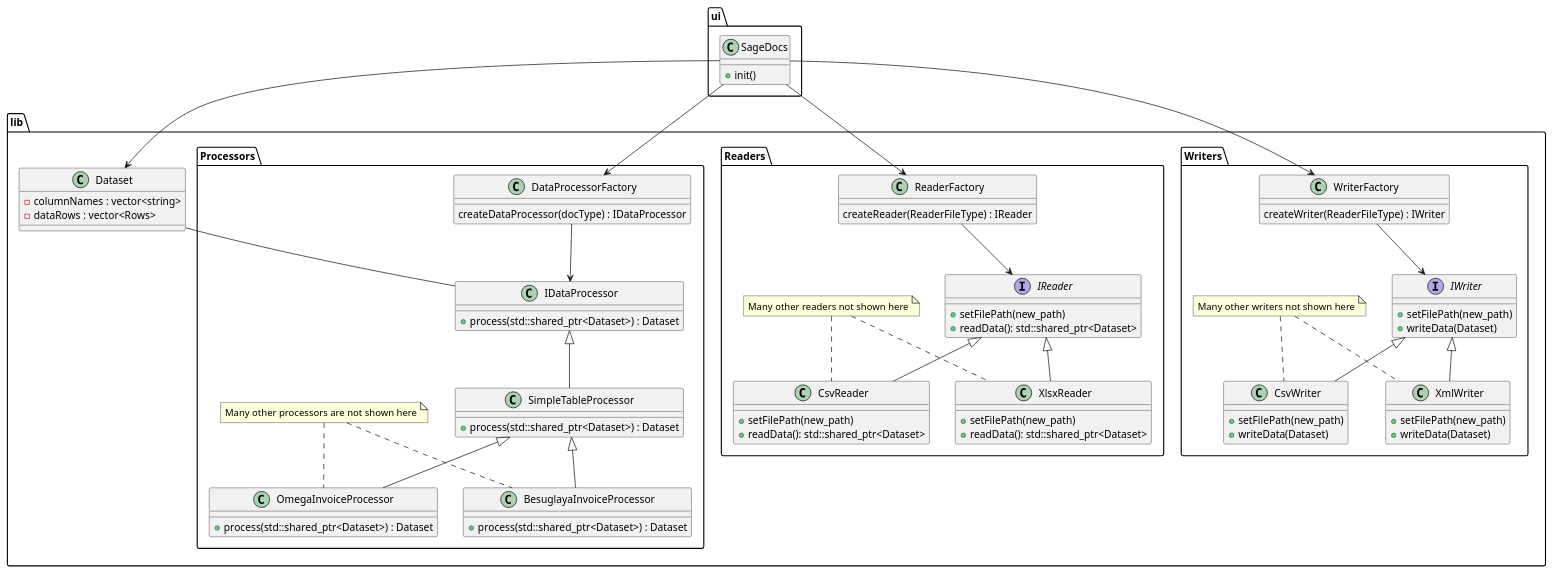
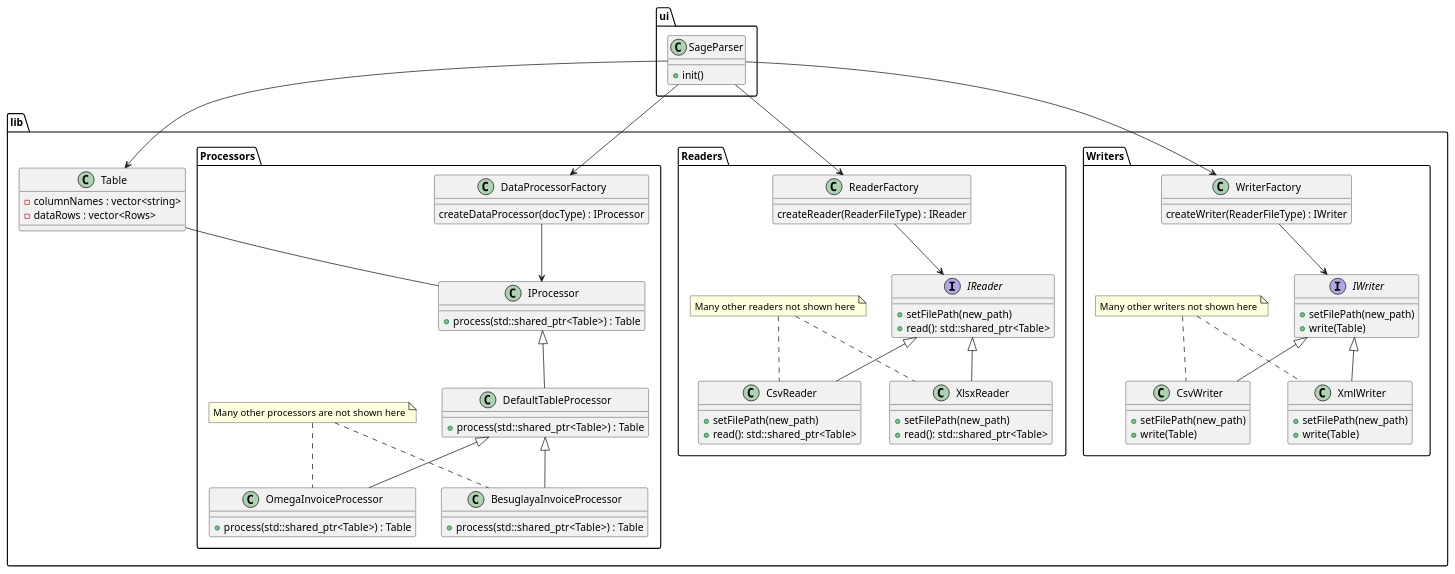
The diagram in docs/Library_Design.puml (Sage-Cat/SageParser), drawn with PlantUML before and after one commit. The commit also changed 60 other files, not shown here.

```diff
--- a/docs/Library_Design.puml
+++ b/docs/Library_Design.puml
@@ -1,117 +1,117 @@
 @startuml
 
 package ui {
-    class SageDocs
+    class SageParser
     {
         +init()
     }
 }
 
 package lib {
-    class Dataset {
+    class Table {
         -columnNames : vector<string>
         -dataRows : vector<Rows>
     }
 
     package Processors {
         class DataProcessorFactory
         {
-            createDataProcessor(docType) : IDataProcessor
+            createDataProcessor(docType) : IProcessor
         }
 
-        class IDataProcessor {
-            +process(std::shared_ptr<Dataset>) : Dataset
+        class IProcessor {
+            +process(std::shared_ptr<Table>) : Table
         }
 
-        class SimpleTableProcessor {
-            +process(std::shared_ptr<Dataset>) : Dataset
+        class DefaultTableProcessor {
+            +process(std::shared_ptr<Table>) : Table
         }
 
         class OmegaInvoiceProcessor {
-            +process(std::shared_ptr<Dataset>) : Dataset
+            +process(std::shared_ptr<Table>) : Table
         }
 
         class BesuglayaInvoiceProcessor {
-            +process(std::shared_ptr<Dataset>) : Dataset
+            +process(std::shared_ptr<Table>) : Table
         }
 
         note "Many other processors are not shown here" as N1
         N1 .. BesuglayaInvoiceProcessor
         N1 .. OmegaInvoiceProcessor
 
-        SimpleTableProcessor -up-|> IDataProcessor
-        BesuglayaInvoiceProcessor -up-|> SimpleTableProcessor
-        OmegaInvoiceProcessor -up-|> SimpleTableProcessor
+        DefaultTableProcessor -up-|> IProcessor
+        BesuglayaInvoiceProcessor -up-|> DefaultTableProcessor
+        OmegaInvoiceProcessor -up-|> DefaultTableProcessor
     }
 
     package Writers {
 
         class WriterFactory {
             createWriter(ReaderFileType) : IWriter
         } 
 
         interface IWriter {
             +setFilePath(new_path)
-            +writeData(Dataset)
+            +write(Table)
         }
 
         class CsvWriter {
             +setFilePath(new_path)
-            +writeData(Dataset)
+            +write(Table)
         }
 
         class XmlWriter {
             +setFilePath(new_path)
-            +writeData(Dataset)
+            +write(Table)
         }
 
         note "Many other writers not shown here" as N2
         N2 .. CsvWriter
         N2 .. XmlWriter
 
         CsvWriter -up-|> IWriter
         XmlWriter -up-|> IWriter
     }
 
     package Readers {
         class ReaderFactory {
             createReader(ReaderFileType) : IReader
         } 
 
         interface IReader {
             +setFilePath(new_path)
-            +readData(): std::shared_ptr<Dataset>
+            +read(): std::shared_ptr<Table>
         }
 
         class CsvReader {
             +setFilePath(new_path)
-            +readData(): std::shared_ptr<Dataset>
+            +read(): std::shared_ptr<Table>
         }
 
         class XlsxReader {
             +setFilePath(new_path)
-            +readData(): std::shared_ptr<Dataset>
+            +read(): std::shared_ptr<Table>
         }
 
         note "Many other readers not shown here" as N3
         N3 .. CsvReader
         N3 .. XlsxReader
 
         CsvReader -up-|> IReader
         XlsxReader -up-|> IReader
     }
 
-    Dataset -- IDataProcessor
+    Table -- IProcessor
 }
 
 
 ReaderFactory --> IReader
 WriterFactory --> IWriter
-DataProcessorFactory --> IDataProcessor
+DataProcessorFactory --> IProcessor
 
-SageDocs --> DataProcessorFactory
-SageDocs --> WriterFactory
-SageDocs --> ReaderFactory
-SageDocs --> Dataset
+SageParser --> DataProcessorFactory
+SageParser --> WriterFactory
+SageParser --> ReaderFactory
+SageParser --> Table
 
 @enduml
```
